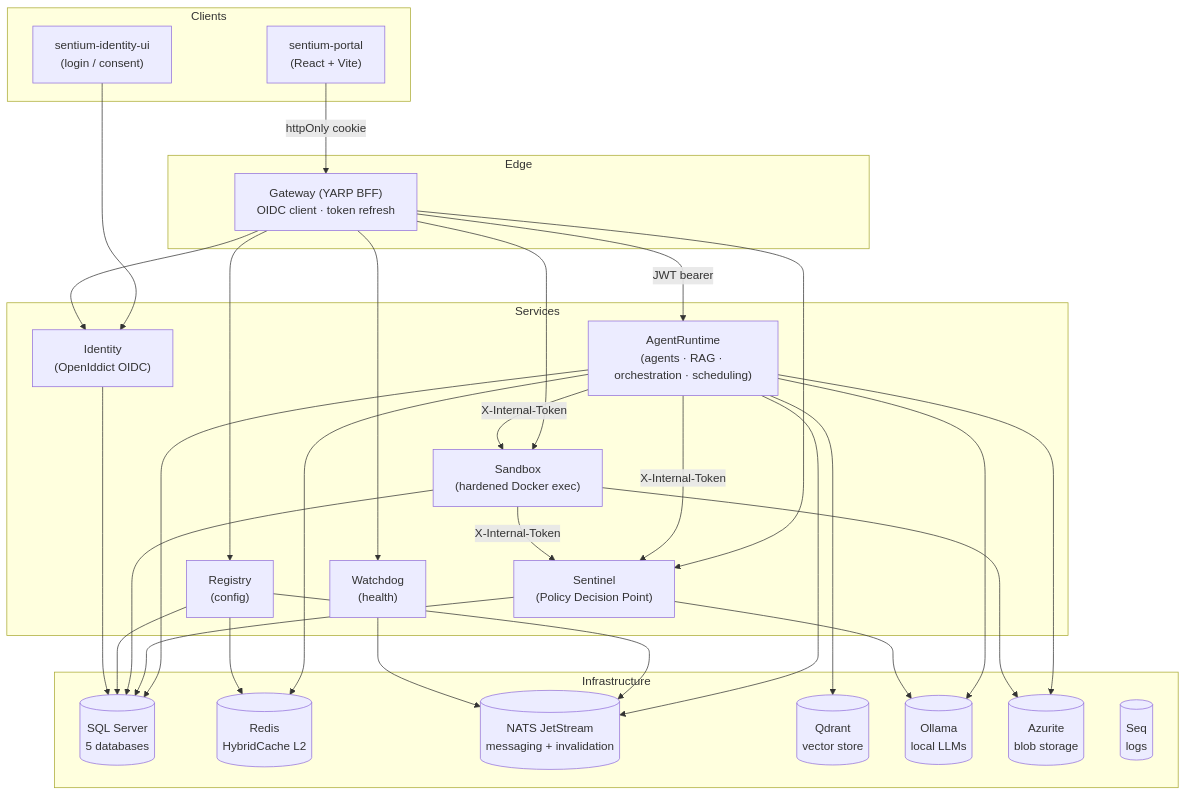
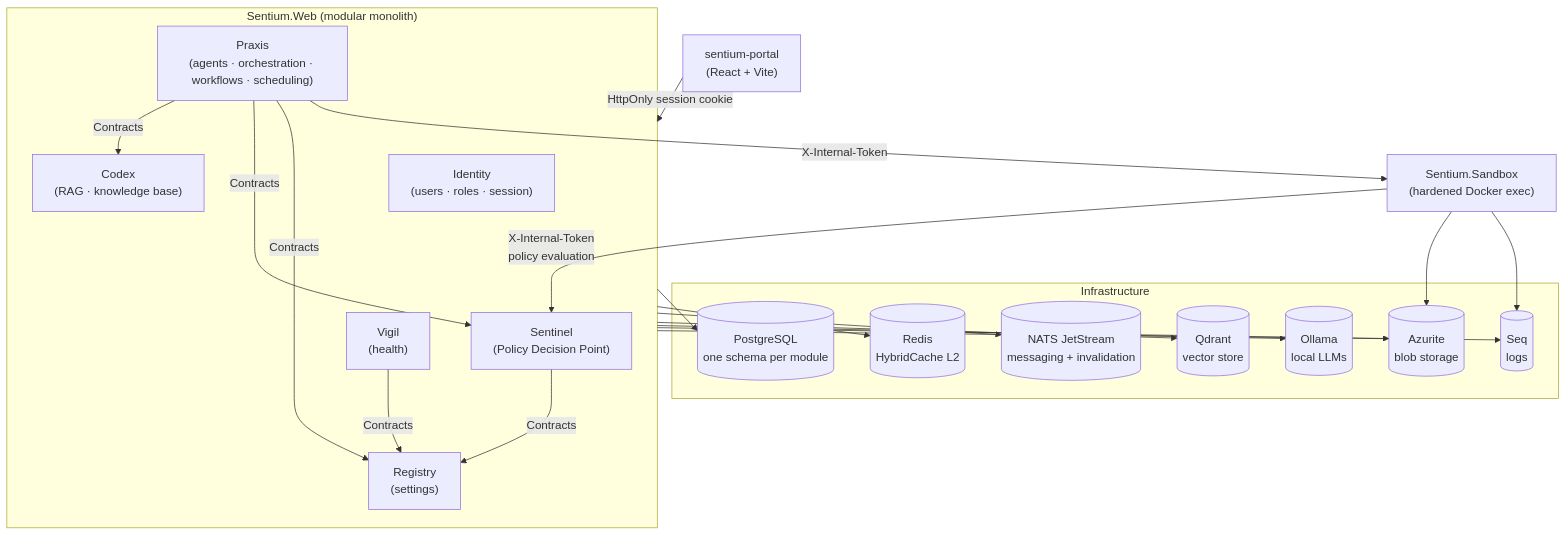
One commit to mihailshterev/sentium changed the diagram in README.md. Above: the diagram before and after it, drawn with Mermaid. The commit also changed other lines of this file and 5 other files, not shown here.

````diff
--- a/README.md
+++ b/README.md
@@ -49,51 +49,35 @@
 ```mermaid
 flowchart TB
-    subgraph Clients
-        Portal["sentium-portal<br/>(React + Vite)"]
-        IdUI["sentium-identity-ui<br/>(login / consent)"]
+    Portal["sentium-portal<br/>(React + Vite)"]
+
+    Portal -->|HttpOnly session cookie| Web
+
+    subgraph Web["Sentium.Web (modular monolith)"]
+        Identity["Identity<br/>(users · roles · session)"]
+        Praxis["Praxis<br/>(agents · orchestration · workflows · scheduling)"]
+        Codex["Codex<br/>(RAG · knowledge base)"]
+        Sentinel["Sentinel<br/>(Policy Decision Point)"]
+        Registry["Registry<br/>(settings)"]
+        Vigil["Vigil<br/>(health)"]
     end
 
-    Portal -->|httpOnly cookie| Gateway
-    IdUI --> Identity
+    Praxis -->|Contracts| Codex & Sentinel & Registry
+    Sentinel -->|Contracts| Registry
+    Vigil -->|Contracts| Registry
 
-    subgraph Edge
-        Gateway["Gateway (YARP BFF)<br/>OIDC client · token refresh"]
-    end
-
-    Gateway -->|JWT bearer| AgentRuntime
-    Gateway --> Sentinel
-    Gateway --> Sandbox
-    Gateway --> Registry
-    Gateway --> Watchdog
-    Gateway --> Identity
-
-    subgraph Services
-        Identity["Identity<br/>(OpenIddict OIDC)"]
-        AgentRuntime["AgentRuntime<br/>(agents · RAG · orchestration · scheduling)"]
-        Sentinel["Sentinel<br/>(Policy Decision Point)"]
-        Sandbox["Sandbox<br/>(hardened Docker exec)"]
-        Registry["Registry<br/>(config)"]
-        Watchdog["Watchdog<br/>(health)"]
-    end
-
-    AgentRuntime -->|X-Internal-Token| Sentinel
-    AgentRuntime -->|X-Internal-Token| Sandbox
-    Sandbox -->|X-Internal-Token| Sentinel
+    Praxis -->|X-Internal-Token| Sandbox["Sentium.Sandbox<br/>(hardened Docker exec)"]
+    Sandbox -->|X-Internal-Token<br/>policy evaluation| Sentinel
 
     subgraph Infrastructure
-        SQL[("SQL Server<br/>5 databases")]
+        PG[("PostgreSQL<br/>one schema per module")]
         Redis[("Redis<br/>HybridCache L2")]
         NATS[("NATS JetStream<br/>messaging + invalidation")]
         Qdrant[("Qdrant<br/>vector store")]
         Ollama[("Ollama<br/>local LLMs")]
         Blobs[("Azurite<br/>blob storage")]
         Seq[("Seq<br/>logs")]
     end
 
-    AgentRuntime --> SQL & Redis & NATS & Qdrant & Ollama & Blobs
-    Sentinel --> SQL & Ollama
-    Sandbox --> SQL & Blobs
-    Registry --> SQL & Redis & NATS
-    Watchdog --> NATS
-    Identity --> SQL
+    Web --> PG & Redis & NATS & Qdrant & Ollama & Blobs & Seq
+    Sandbox --> Blobs & Seq
 ```
````
